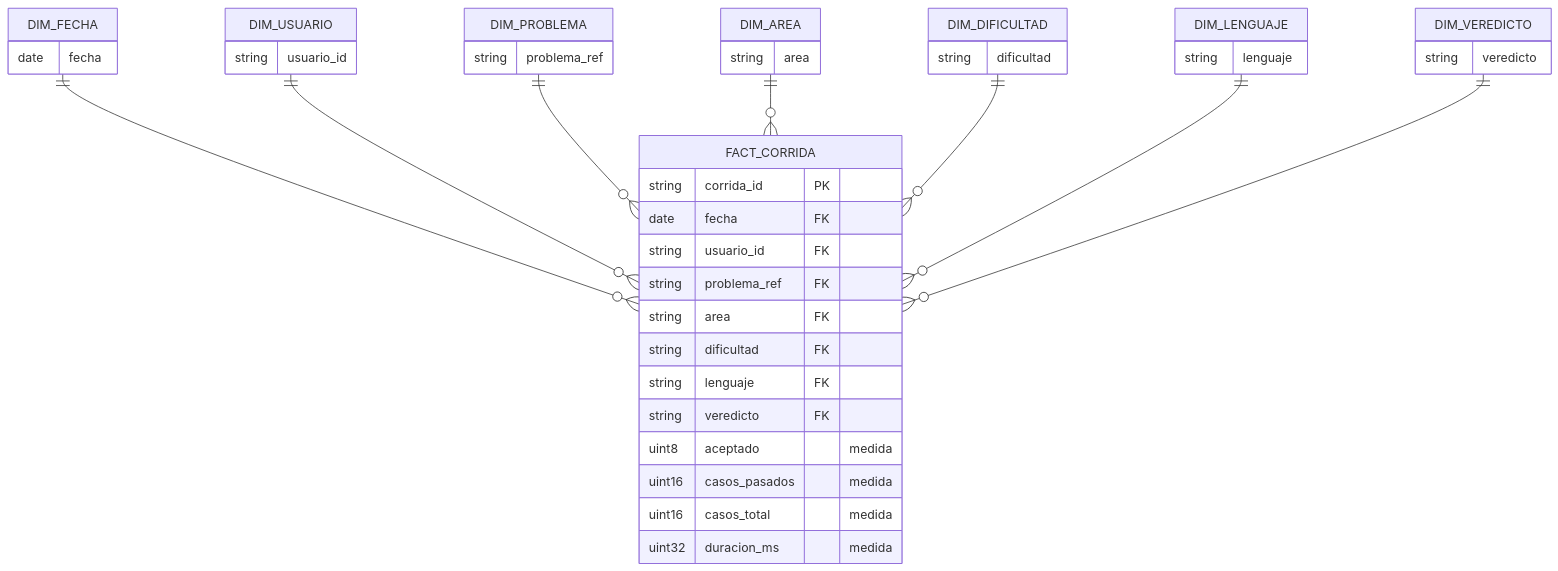
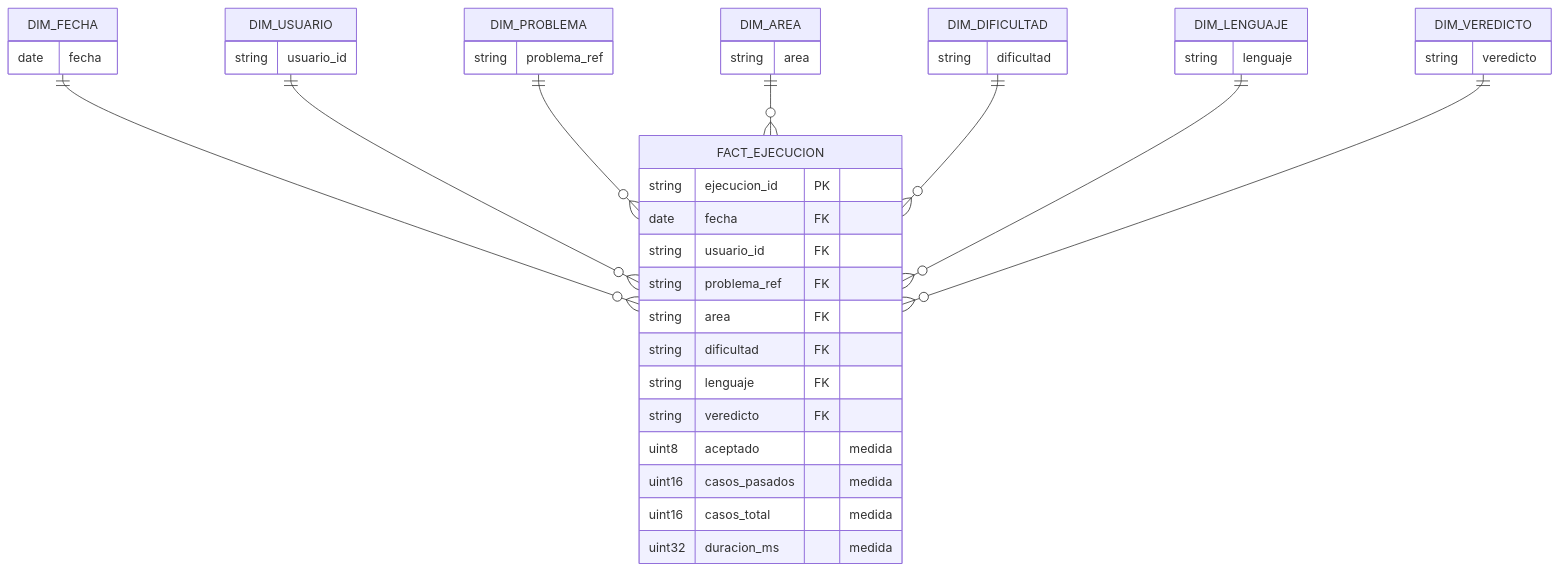
The fourth of 5 diagrams in docs/proyecto4-olap-etl.md (Diegomed11/CertReady), drawn with Mermaid before and after one commit. The commit also changed other lines of this file and 47 other files, not shown here.

Commit message:
refactor: renombra 'corrida' a 'ejecucion' en todo (BD, codigo, ETL, API, UI)

````diff
--- a/docs/proyecto4-olap-etl.md
+++ b/docs/proyecto4-olap-etl.md
@@ -176,32 +176,32 @@
 ```mermaid
 erDiagram
-  DIM_FECHA       ||--o{ FACT_CORRIDA : ""
-  DIM_USUARIO     ||--o{ FACT_CORRIDA : ""
-  DIM_PROBLEMA    ||--o{ FACT_CORRIDA : ""
-  DIM_AREA        ||--o{ FACT_CORRIDA : ""
-  DIM_DIFICULTAD  ||--o{ FACT_CORRIDA : ""
-  DIM_LENGUAJE    ||--o{ FACT_CORRIDA : ""
-  DIM_VEREDICTO   ||--o{ FACT_CORRIDA : ""
+  DIM_FECHA       ||--o{ FACT_EJECUCION : ""
+  DIM_USUARIO     ||--o{ FACT_EJECUCION : ""
+  DIM_PROBLEMA    ||--o{ FACT_EJECUCION : ""
+  DIM_AREA        ||--o{ FACT_EJECUCION : ""
+  DIM_DIFICULTAD  ||--o{ FACT_EJECUCION : ""
+  DIM_LENGUAJE    ||--o{ FACT_EJECUCION : ""
+  DIM_VEREDICTO   ||--o{ FACT_EJECUCION : ""
 
-  FACT_CORRIDA {
-    string corrida_id PK
+  FACT_EJECUCION {
+    string ejecucion_id PK
     date   fecha FK
     string usuario_id FK
     string problema_ref FK
     string area FK
     string dificultad FK
     string lenguaje FK
     string veredicto FK
     uint8  aceptado "medida"
     uint16 casos_pasados "medida"
     uint16 casos_total "medida"
     uint32 duracion_ms "medida"
   }
   DIM_FECHA { date fecha }
   DIM_USUARIO { string usuario_id }
   DIM_PROBLEMA { string problema_ref }
   DIM_AREA { string area }
   DIM_DIFICULTAD { string dificultad }
   DIM_LENGUAJE { string lenguaje }
   DIM_VEREDICTO { string veredicto }
 ```
````
